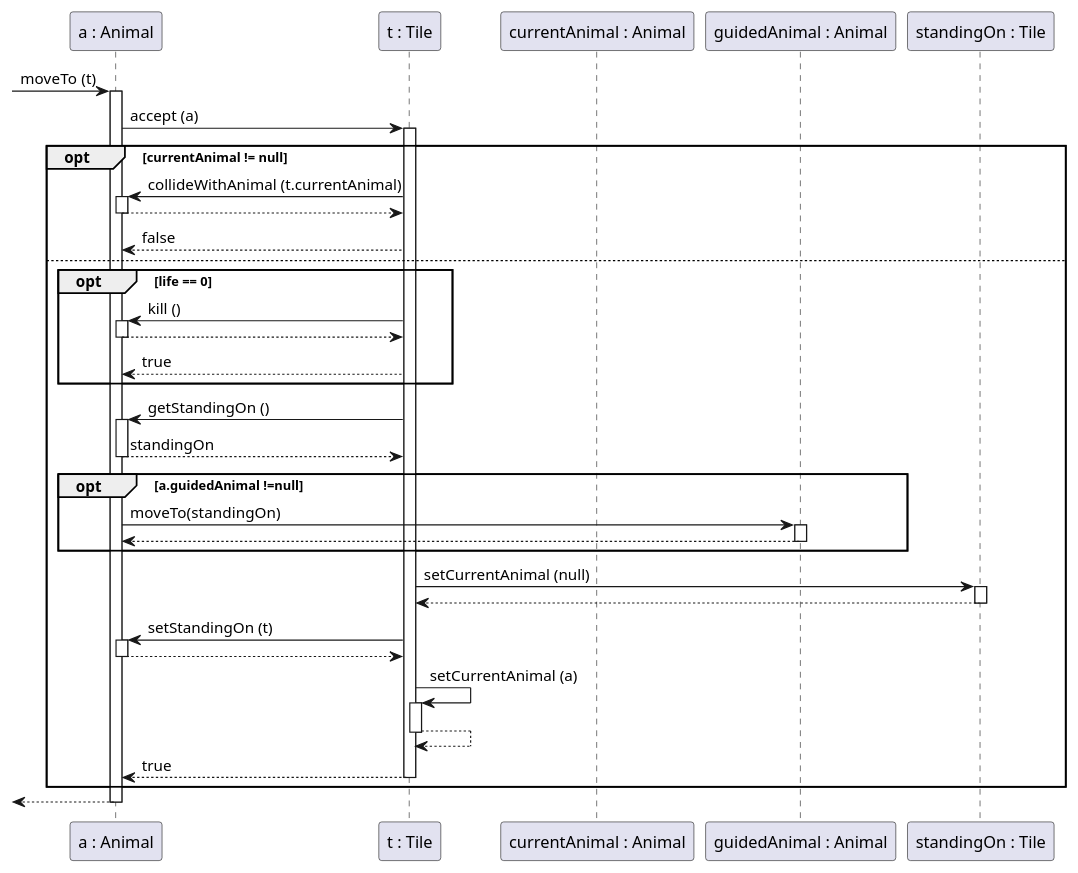
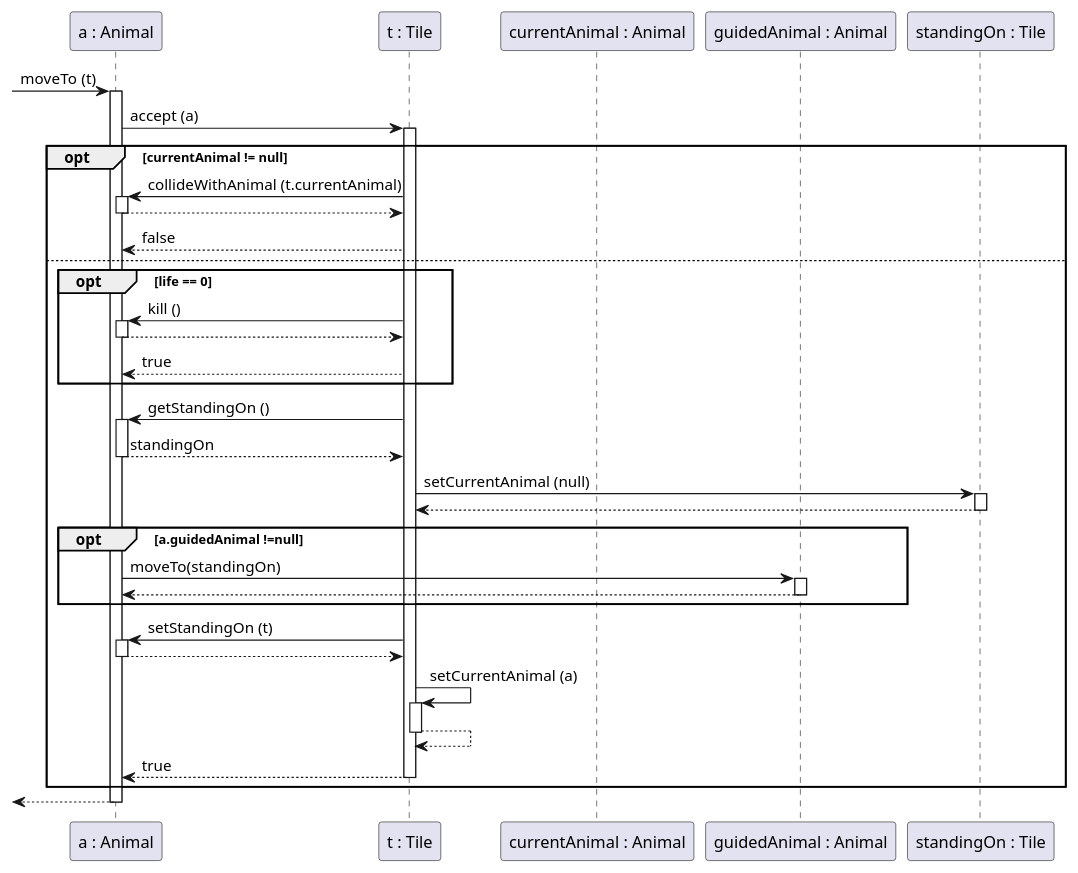
One commit to bokovhu/software-project-laboratory-assignment changed the diagram in 3-analysis-modell/java/src/main/plantuml/SequenceDiagram_Animal_moveTo.puml. Above: the diagram before and after it, drawn with PlantUML. The commit also changed other lines of this file and 2 other files, not shown here.

```diff
--- a/3-analysis-modell/java/src/main/plantuml/SequenceDiagram_Animal_moveTo.puml
+++ b/3-analysis-modell/java/src/main/plantuml/SequenceDiagram_Animal_moveTo.puml
@@ -1,59 +1,59 @@
 @startuml
 
 skinparam classAttributeIconSize 0
 skinparam guillemet false
 
 participant "a : Animal" as a
 participant "t : Tile" as t
 participant "currentAnimal : Animal" as currentAnimal
 participant "guidedAnimal : Animal" as guidedAnimal
 participant "standingOn : Tile" as standingOn
 
 [-> a : moveTo (t)
 activate a
 
 a -> t ++ : accept (a)
 
 opt currentAnimal != null
 
     t -> a ++ : collideWithAnimal (t.currentAnimal)
     a --> t --
 
     t --> a : false
 
 else
 
     opt life == 0
 
         t -> a ++ : kill ()
         a --> t --
 
         t --> a : true
 
     end
 
     t -> a ++ : getStandingOn ()
     a --> t -- : standingOn
 
+    t -> standingOn ++ : setCurrentAnimal (null)
+    standingOn --> t --
+
     opt a.guidedAnimal !=null
     a -> guidedAnimal ++: moveTo(standingOn)
     guidedAnimal --> a --
     end
-
-    t -> standingOn ++ : setCurrentAnimal (null)
-    standingOn --> t --
 
     t -> a ++ : setStandingOn (t)
     a --> t --
 
     t -> t ++ : setCurrentAnimal (a)
     t --> t --
 
     t --> a -- : true
 
 end
 
 [<-- a
 deactivate a
 
 @enduml
```
